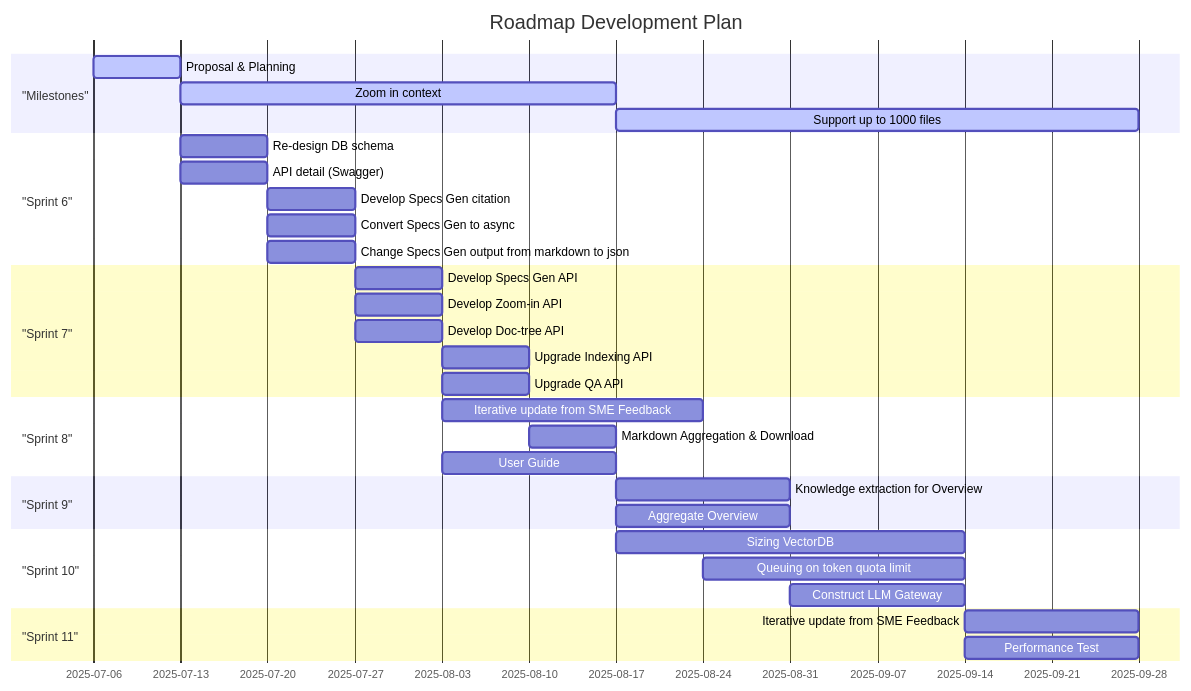
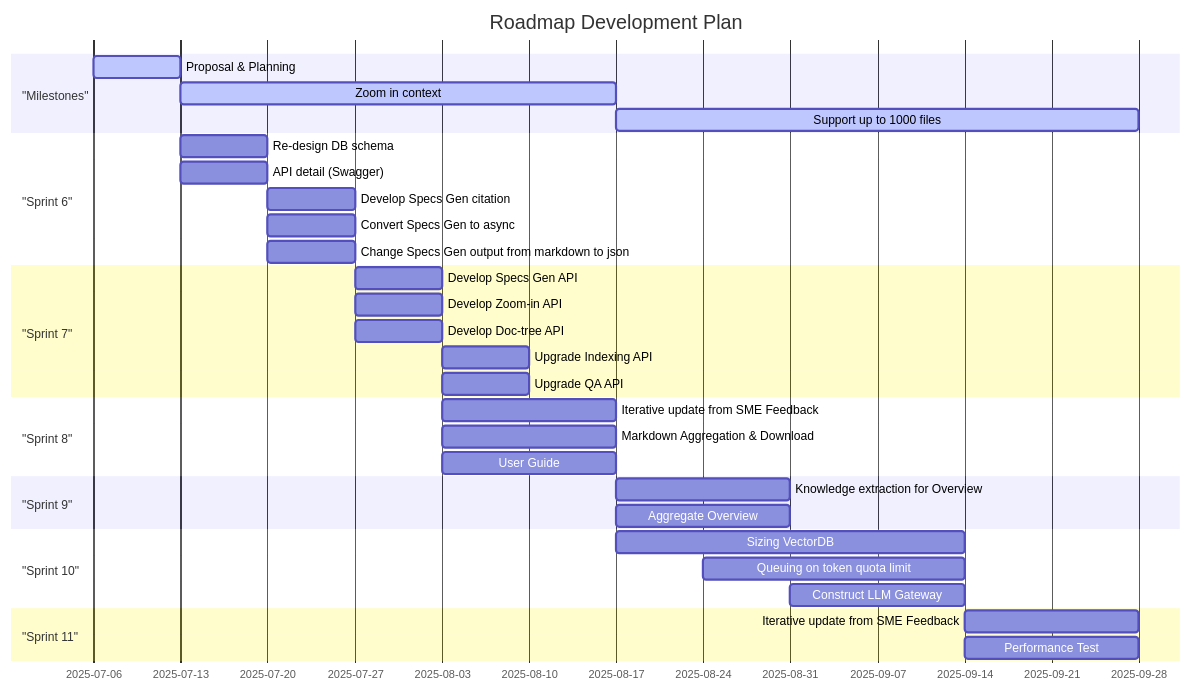
Before and after one commit to anhttmle/CAIO: the diagram in C2B/Phase 2/Roadmap.md, drawn with Mermaid.

````diff
--- a/C2B/Phase 2/Roadmap.md
+++ b/C2B/Phase 2/Roadmap.md
@@ -3,51 +3,51 @@
 ```mermaid
 
 gantt
     title Roadmap Development Plan
     dateFormat  YYYY-MM-DD
     axisFormat  %Y-%m-%d
 
     section "Milestones"
     Proposal & Planning                     :active, zoom, 2025-07-06, 2025-07-13
     Zoom in context                     :active, zoom, 2025-07-13, 2025-08-17
     Support up to 1000 files           :active, scale_up, 2025-08-17, 2025-09-28
 
     section "Sprint 6"
     Re-design DB schema                :db_schema, 2025-07-13, 2025-07-20
     API detail (Swagger)            :doc_api, 2025-07-13, 2025-07-20
 
     Develop Specs Gen citation             :citation_api, 2025-07-20, 2025-07-27
     Convert Specs Gen to async         :specs_async, 2025-07-20, 2025-07-27
     Change Specs Gen output from markdown to json             :convert_json, 2025-07-20, 2025-07-27
 
     section "Sprint 7"
     Develop Specs Gen API   :gen_specs, 2025-07-27, 2025-08-03
     Develop Zoom-in API   :zoom-in, 2025-07-27, 2025-08-03
     Develop Doc-tree API   :doc-tree, 2025-07-27, 2025-08-03
 
     Upgrade Indexing API    :index_api, 2025-08-03, 2025-08-10
     Upgrade QA API    :qa_api, 2025-08-03, 2025-08-10
 
     section "Sprint 8"
 
-    Iterative update from SME Feedback  :optimize, 2025-08-03, 2025-08-24
-    Markdown Aggregation & Download   :markdown, 2025-08-10, 2025-08-17
+    Iterative update from SME Feedback  :optimize, 2025-08-03, 2025-08-17
+    Markdown Aggregation & Download   :markdown, 2025-08-03, 2025-08-17
     User Guide          :user-guide, 2025-08-03, 2025-08-17
 
     section "Sprint 9"
     Knowledge extraction for Overview    :knowledge_extract, 2025-08-17, 2025-08-31
     Aggregate Overview    :aggregate_overview, 2025-08-17, 2025-08-31
 
     section "Sprint 10"
     Sizing VectorDB    :sizing_vectordb, 2025-08-17, 2025-09-14
     Queuing on token quota limit    :queue_on_limit, 2025-08-24, 2025-09-14
     Construct LLM Gateway    :llm_gateway, 2025-08-31, 2025-09-14
 
     section "Sprint 11"
     Iterative update from SME Feedback  :optimize, 2025-09-14, 2025-09-28
     Performance Test  :optimize, 2025-09-14, 2025-09-28
 
 
 
 
 ```
````
